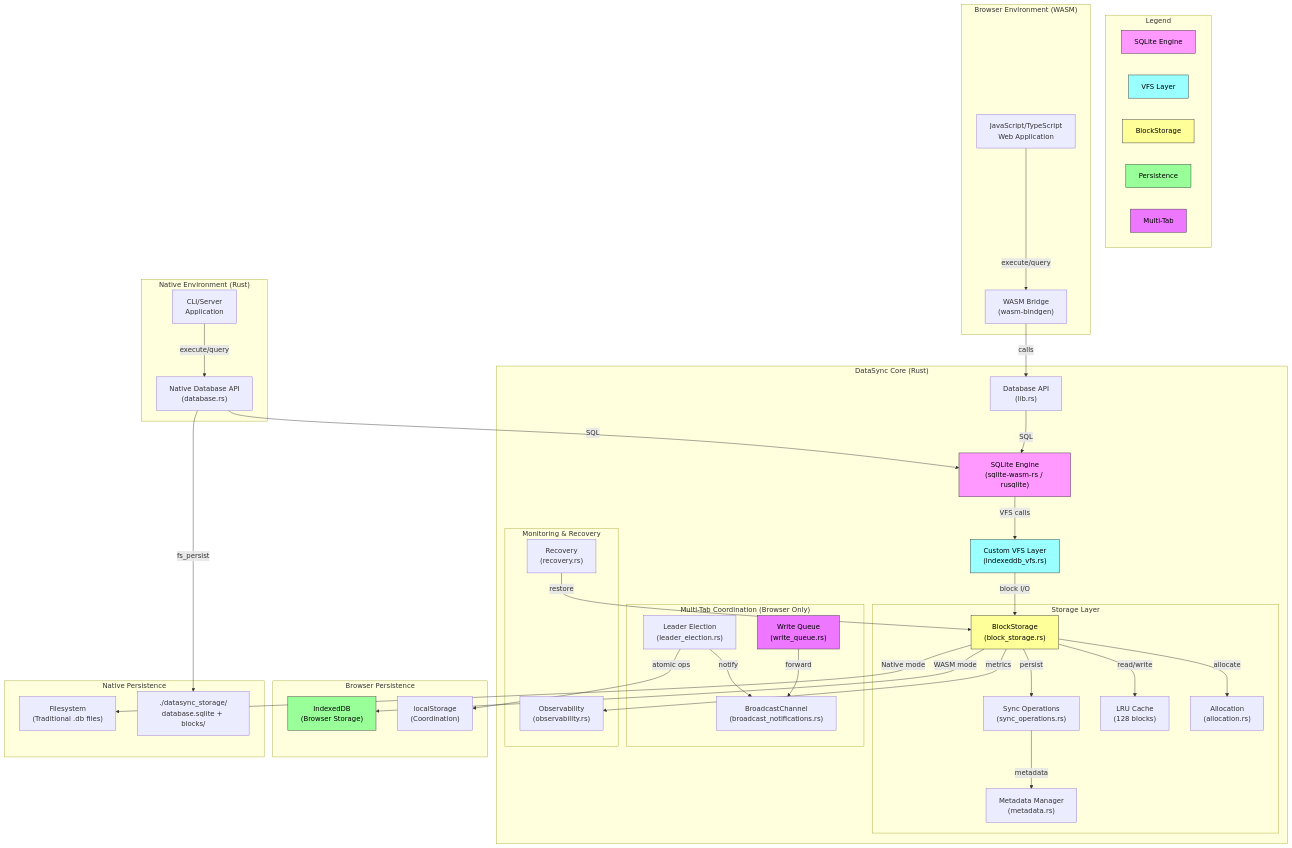
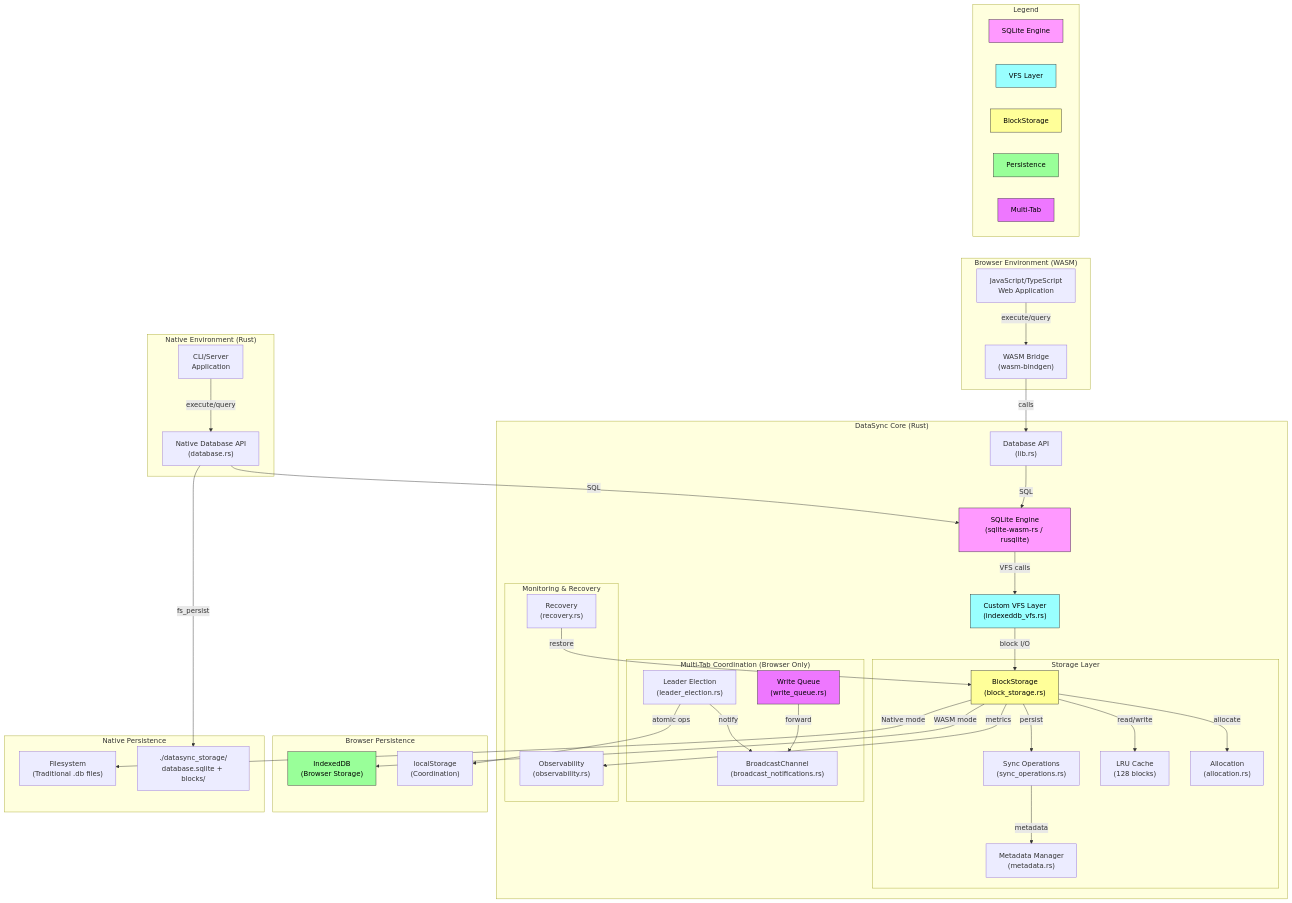
The diagram in README.md (npiesco/absurder-sql), drawn with Mermaid before and after one commit.

Commit message:
docs: Force legend to top-left with invisible link

```diff
--- a/README.md
+++ b/README.md
@@ -32,6 +32,8 @@
         L4["Persistence"]
         L5["Multi-Tab"]
     end
+    
+    Legend ~~~ JS
     
     subgraph "Browser Environment (WASM)"
         JS["JavaScript/TypeScript<br/>Web Application"]
```
